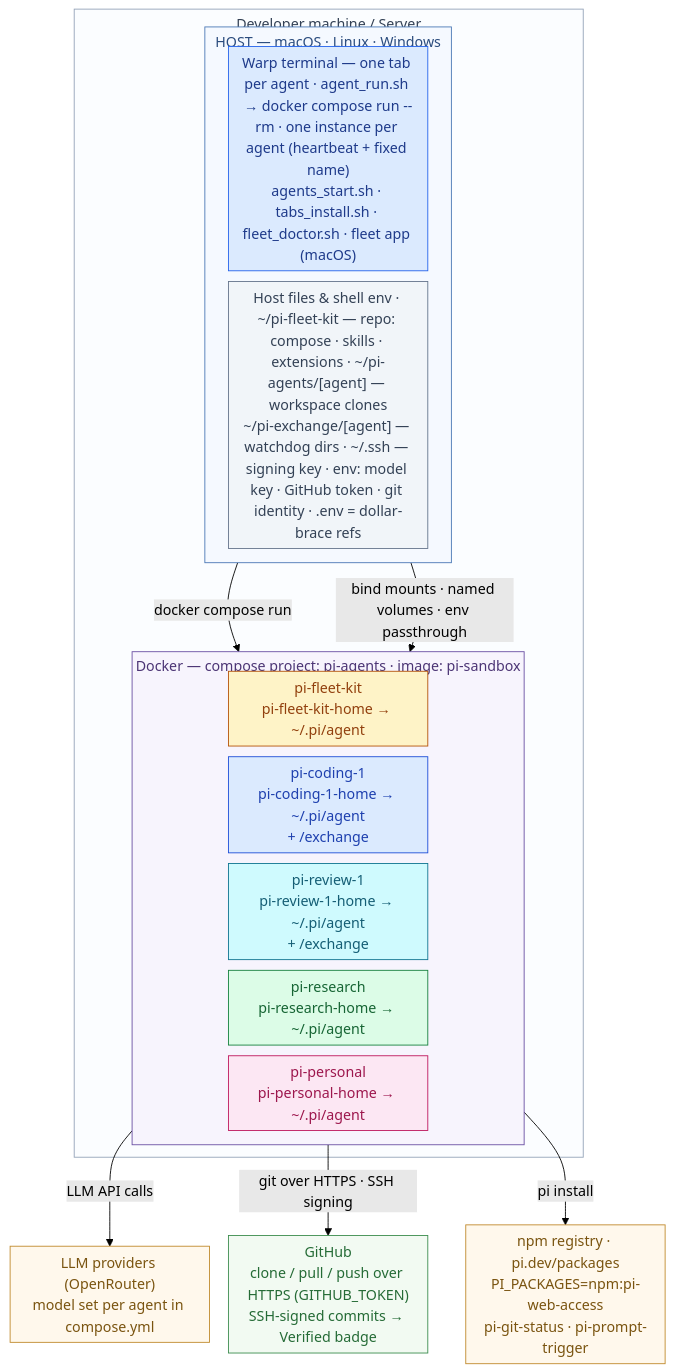
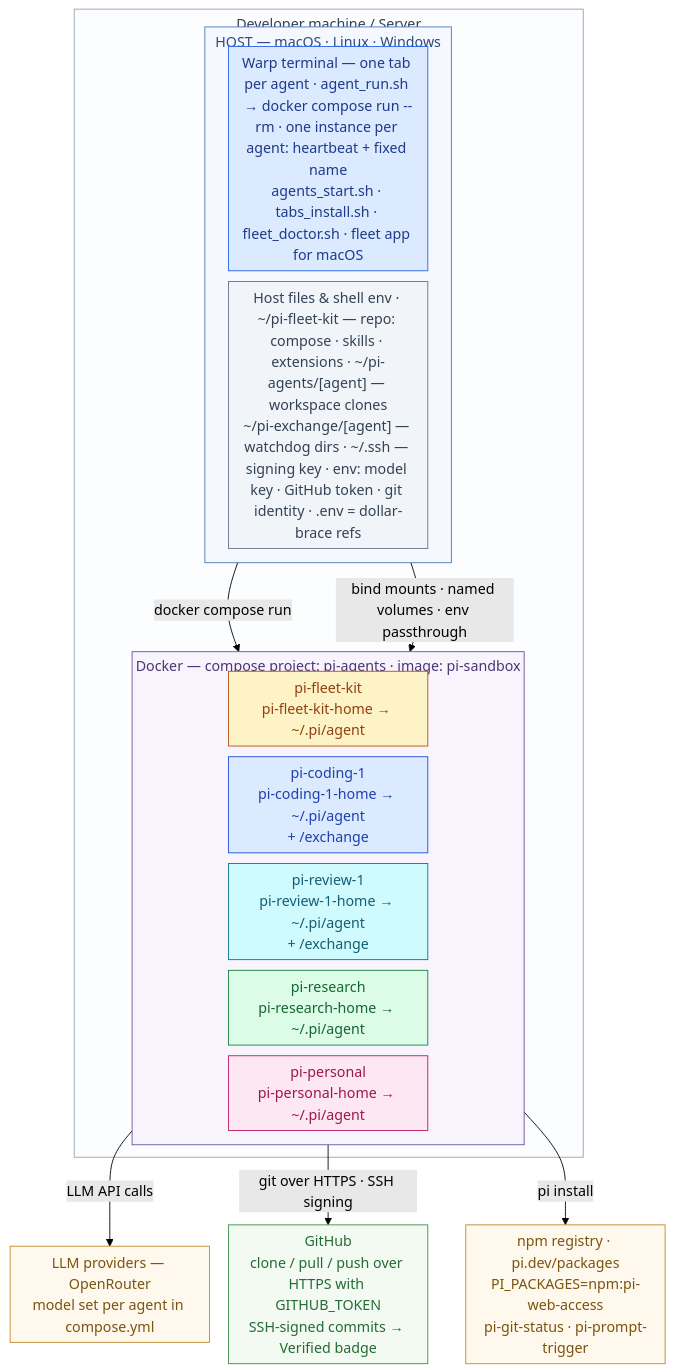
Before and after one commit to didier-durand/pi-fleet-kit: the diagram in README.md, drawn with Mermaid (forest theme).

Commit message:
Diagram: remove parentheses from all labels — some Mermaid renderers reject them

````diff
--- a/README.md
+++ b/README.md
@@ -101,50 +101,50 @@
 ```mermaid
 %%{init: {"flowchart": {"nodeSpacing": 12, "rankSpacing": 28, "padding": 6, "diagramPadding": 8, "subGraphTitleMargin": {"top": 4, "bottom": 2}}}}%%
 flowchart TB
   subgraph MACHINE["Developer machine / Server"]
     subgraph HOST["HOST — macOS · Linux · Windows"]
     direction LR
-    WARP["Warp terminal — one tab per agent · agent_run.sh → docker compose run --rm · one instance per agent (heartbeat + fixed name)<br/>agents_start.sh · tabs_install.sh · fleet_doctor.sh · fleet app (macOS)"]
+    WARP["Warp terminal — one tab per agent · agent_run.sh → docker compose run --rm · one instance per agent: heartbeat + fixed name<br/>agents_start.sh · tabs_install.sh · fleet_doctor.sh · fleet app for macOS"]
     FILES["Host files & shell env · ~/pi-fleet-kit — repo: compose · skills · extensions · ~/pi-agents/[agent] — workspace clones<br/>~/pi-exchange/[agent] — watchdog dirs · ~/.ssh — signing key · env: model key · GitHub token · git identity · .env = dollar-brace refs"]
   end
   subgraph DOCKER["Docker — compose project: pi-agents · image: pi-sandbox"]
     direction LR
     FLEET["pi-fleet-kit<br/>pi-fleet-kit-home → ~/.pi/agent"]
     CODING["pi-coding-1<br/>pi-coding-1-home → ~/.pi/agent<br/>+ /exchange"]
     REVIEW["pi-review-1<br/>pi-review-1-home → ~/.pi/agent<br/>+ /exchange"]
     RESEARCH["pi-research<br/>pi-research-home → ~/.pi/agent"]
     PERSONAL["pi-personal<br/>pi-personal-home → ~/.pi/agent"]
   end
   end
-  LLM["LLM providers (OpenRouter)<br/>model set per agent in compose.yml"]
-  GH["GitHub<br/>clone / pull / push over HTTPS (GITHUB_TOKEN)<br/>SSH-signed commits → Verified badge"]
+  LLM["LLM providers — OpenRouter<br/>model set per agent in compose.yml"]
+  GH["GitHub<br/>clone / pull / push over HTTPS with GITHUB_TOKEN<br/>SSH-signed commits → Verified badge"]
   NPM["npm registry · pi.dev/packages<br/>PI_PACKAGES=npm:pi-web-access<br/>pi-git-status · pi-prompt-trigger"]
   HOST -->|"docker compose run"| DOCKER
   HOST -->|"bind mounts · named volumes · env passthrough"| DOCKER
   DOCKER -->|"LLM API calls"| LLM
   DOCKER -->|"git over HTTPS · SSH signing"| GH
   DOCKER -->|"pi install"| NPM
   classDef warp fill:#DBEAFE,stroke:#2563EB,color:#1E3A8A
   classDef files fill:#F1F5F9,stroke:#64748B,color:#334155
   classDef yellow fill:#FEF3C7,stroke:#B45309,color:#92400E
   classDef blue fill:#DBEAFE,stroke:#1D4ED8,color:#1E40AF
   classDef cyan fill:#CFFAFE,stroke:#0E7490,color:#155E75
   classDef green fill:#DCFCE7,stroke:#15803D,color:#166534
   classDef magenta fill:#FCE7F3,stroke:#BE185D,color:#9D174D
   classDef llm fill:#FFF8EC,stroke:#C08A2D,color:#7A5410
   classDef gh fill:#F2FAF2,stroke:#3C8C4E,color:#256B36
   classDef npm fill:#FFF8EC,stroke:#C08A2D,color:#7A5410
   class WARP warp
   class FILES files
   class FLEET yellow
   class CODING blue
   class REVIEW cyan
   class RESEARCH green
   class PERSONAL magenta
   class LLM llm
   class GH gh
   class NPM npm
   style HOST fill:#F5F9FF,stroke:#4A78B5,color:#2B4C7E
   style DOCKER fill:#F7F4FD,stroke:#6A4FA3,color:#4C3575
   style MACHINE fill:#FBFDFF,stroke:#94A3B8,color:#334155
 ```
````
